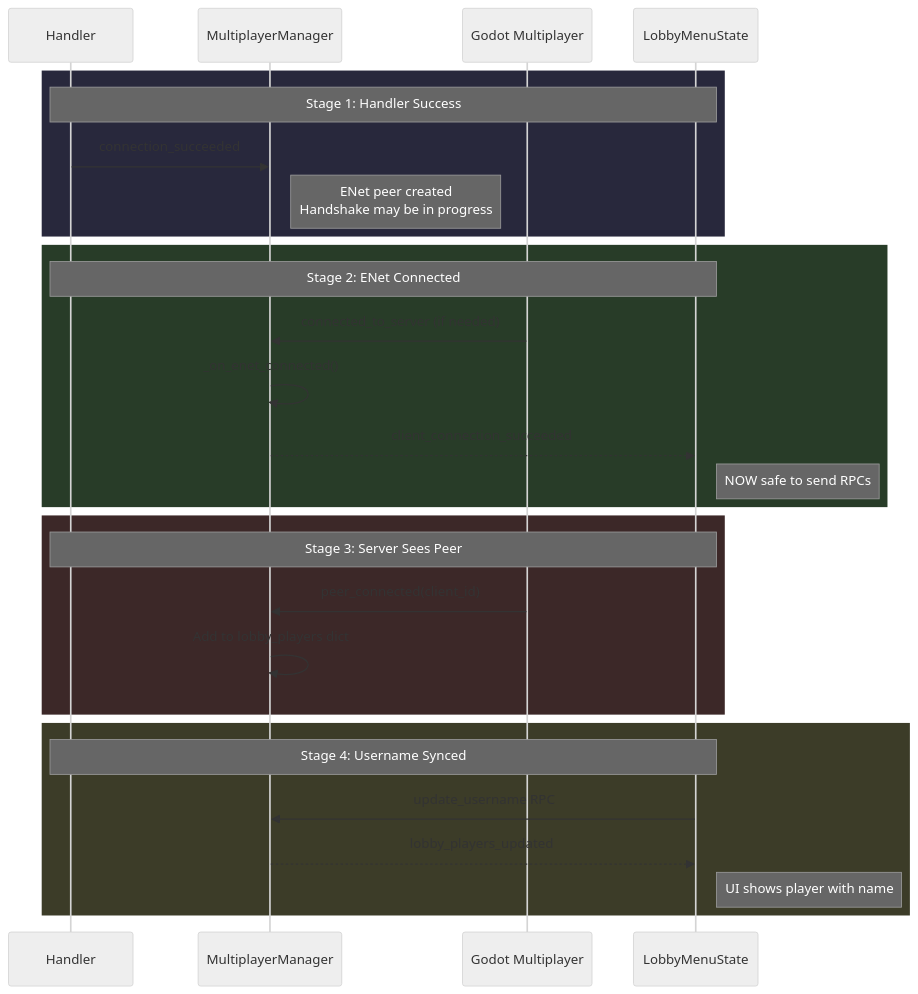
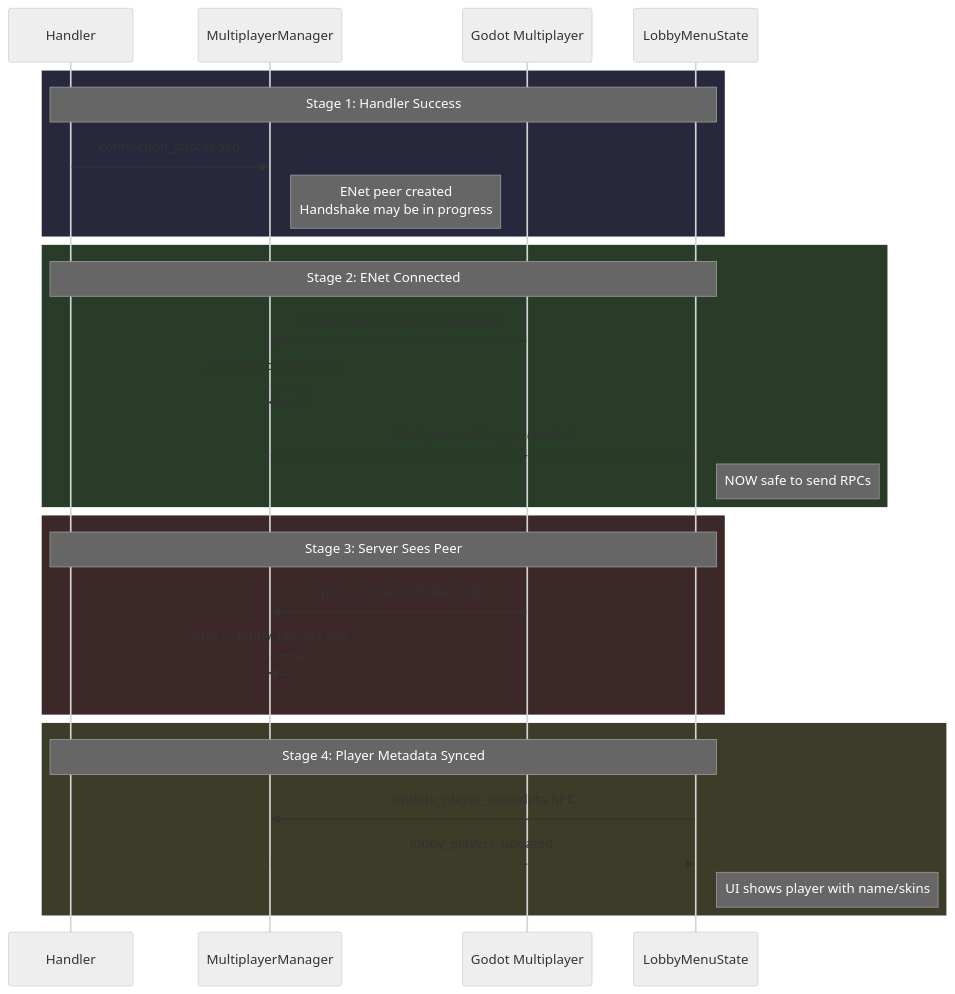
One commit to ssebs/DankNooner changed the fifth of 13 diagrams in v2/planning_docs/LobbyGameFlowMP.md. Above: the diagram before and after it, drawn with Mermaid (neutral theme). The commit also changed other lines of this file and 7 other files, not shown here.

````diff
--- a/v2/planning_docs/LobbyGameFlowMP.md
+++ b/v2/planning_docs/LobbyGameFlowMP.md
@@ -130,34 +130,34 @@
 ```mermaid
 sequenceDiagram
     participant Handler as Handler
     participant MM as MultiplayerManager
     participant Godot as Godot Multiplayer
     participant Lobby as LobbyMenuState
 
     rect rgb(40, 40, 60)
         Note over Handler,Lobby: Stage 1: Handler Success
         Handler->>MM: connection_succeeded
         Note right of MM: ENet peer created<br/>Handshake may be in progress
     end
 
     rect rgb(40, 60, 40)
         Note over Handler,Lobby: Stage 2: ENet Connected
         Godot->>MM: connected_to_server (if needed)
         MM->>MM: _on_enet_connected()
         MM-->>Lobby: client_connection_succeeded
         Note right of Lobby: NOW safe to send RPCs
     end
 
     rect rgb(60, 40, 40)
         Note over Handler,Lobby: Stage 3: Server Sees Peer
         Godot->>MM: peer_connected(client_id)
         MM->>MM: Add to lobby_players dict
     end
 
     rect rgb(60, 60, 40)
-        Note over Handler,Lobby: Stage 4: Username Synced
-        Lobby->>MM: update_username RPC
+        Note over Handler,Lobby: Stage 4: Player Metadata Synced
+        Lobby->>MM: update_player_metadata RPC
         MM-->>Lobby: lobby_players_updated
-        Note right of Lobby: UI shows player with name
+        Note right of Lobby: UI shows player with name/skins
     end
 ```
````
